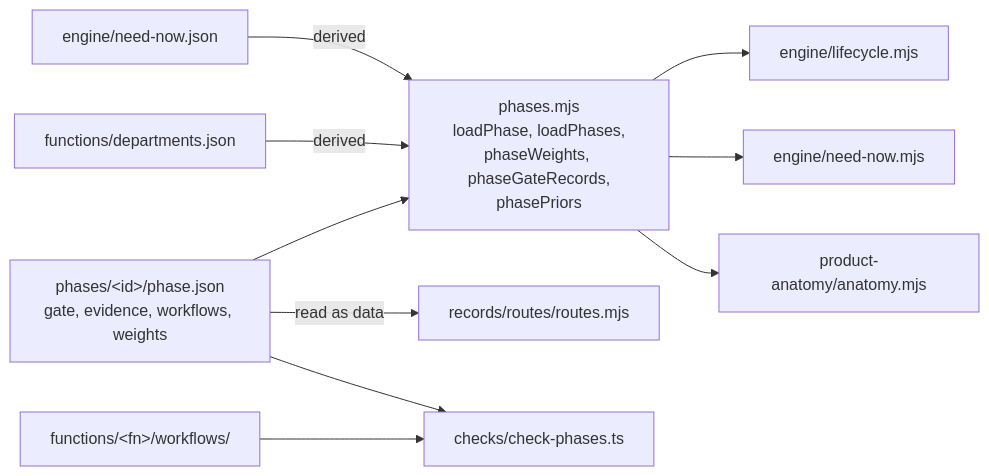
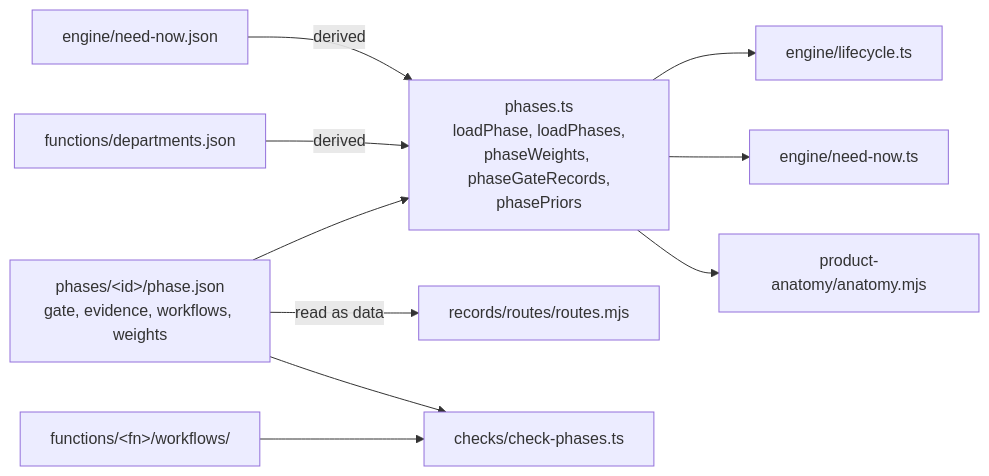
Before and after one commit to tchjhnsn/Naive: the diagram in packages/naive/src/phases/README.md, drawn with Mermaid. The commit also changed other lines of this file and 895 other files, not shown here.

````diff
--- a/packages/naive/src/phases/README.md
+++ b/packages/naive/src/phases/README.md
@@ -9,12 +9,12 @@
 ```mermaid
 flowchart LR
-  PJ["phases/&lt;id&gt;/phase.json<br/>gate, evidence, workflows, weights"] --> LOAD["phases.mjs<br/>loadPhase, loadPhases,<br/>phaseWeights, phaseGateRecords,<br/>phasePriors"]
+  PJ["phases/&lt;id&gt;/phase.json<br/>gate, evidence, workflows, weights"] --> LOAD["phases.ts<br/>loadPhase, loadPhases,<br/>phaseWeights, phaseGateRecords,<br/>phasePriors"]
   NN["engine/need-now.json"] -->|derived| LOAD
   DEP["functions/departments.json"] -->|derived| LOAD
-  LOAD --> LC["engine/lifecycle.mjs"]
-  LOAD --> NOW["engine/need-now.mjs"]
+  LOAD --> LC["engine/lifecycle.ts"]
+  LOAD --> NOW["engine/need-now.ts"]
   LOAD --> AN["product-anatomy/anatomy.mjs"]
   PJ -->|read as data| RT["records/routes/routes.mjs"]
   PJ --> CHK["checks/check-phases.ts"]
   WF["functions/&lt;fn&gt;/workflows/"] --> CHK
 ```
````
